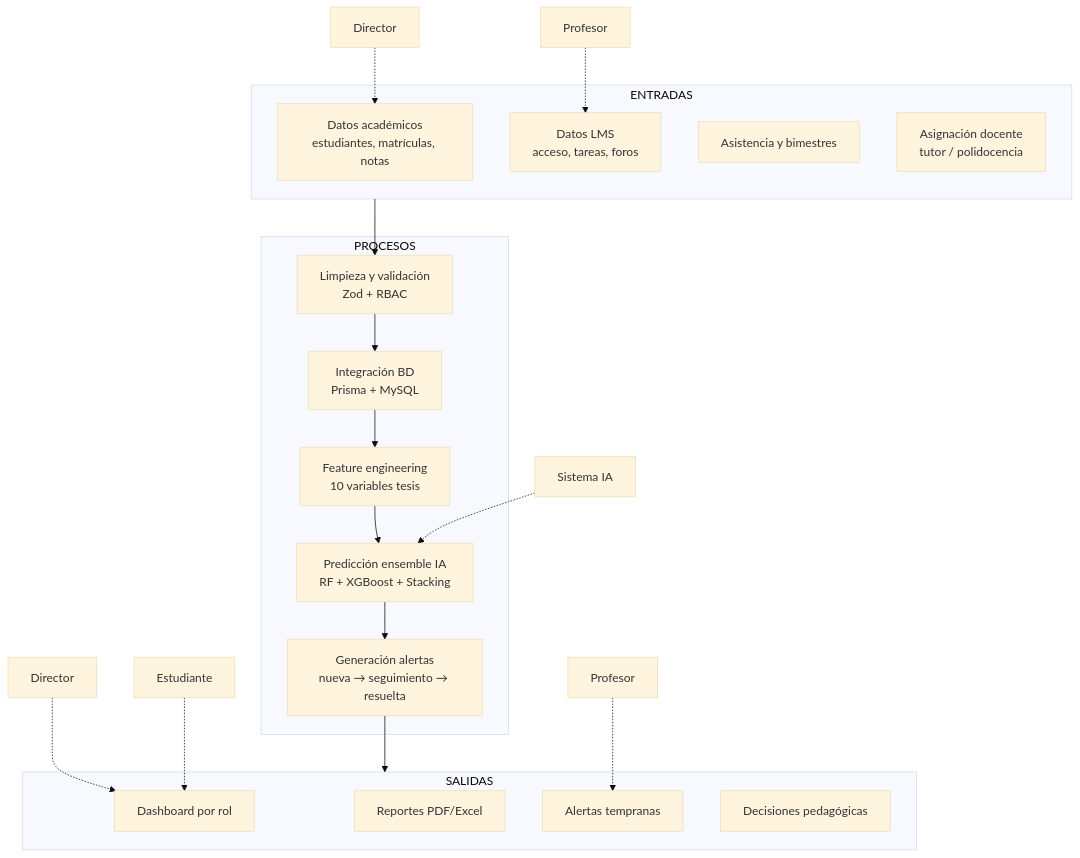
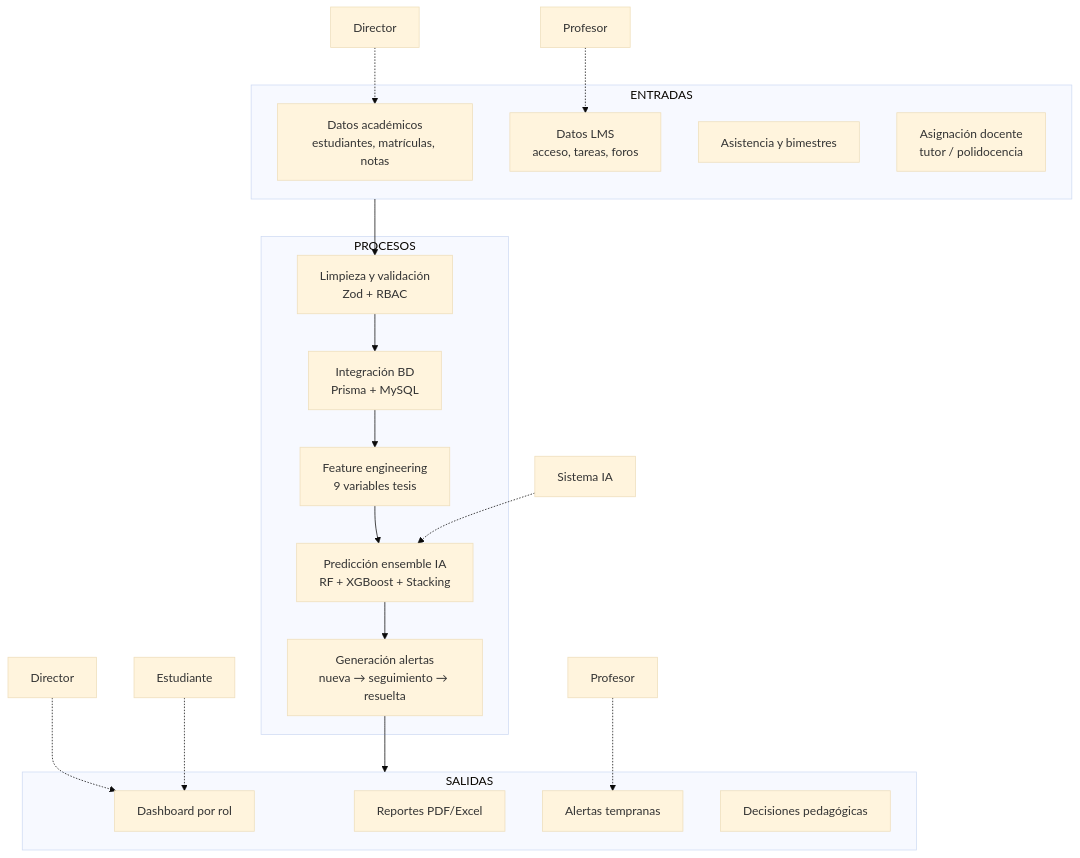
The diagram in docs/iso-9001/macroproceso-academico.md (4dr1-2529/taller1), drawn with Mermaid (base theme) before and after one commit. The commit also changed other lines of this file and 9 other files, not shown here.

````diff
--- a/docs/iso-9001/macroproceso-academico.md
+++ b/docs/iso-9001/macroproceso-academico.md
@@ -20,33 +20,33 @@
 ```mermaid
 flowchart TB
   subgraph ENTRADAS["ENTRADAS"]
     E1[Datos académicos<br/>estudiantes, matrículas, notas]
     E2[Datos LMS<br/>acceso, tareas, foros]
     E3[Asistencia y bimestres]
     E4[Asignación docente<br/>tutor / polidocencia]
   end
 
   subgraph PROCESOS["PROCESOS"]
     P1[Limpieza y validación<br/>Zod + RBAC]
     P2[Integración BD<br/>Prisma + MySQL]
-    P3[Feature engineering<br/>10 variables tesis]
+    P3[Feature engineering<br/>9 variables tesis]
     P4[Predicción ensemble IA<br/>RF + XGBoost + Stacking]
     P5[Generación alertas<br/>nueva → seguimiento → resuelta]
   end
 
   subgraph SALIDAS["SALIDAS"]
     S1[Dashboard por rol]
     S2[Reportes PDF/Excel]
     S3[Alertas tempranas]
     S4[Decisiones pedagógicas]
   end
 
   ENTRADAS --> P1 --> P2 --> P3 --> P4 --> P5 --> SALIDAS
 
   CI1[Director] -.-> E1
   CI2[Profesor] -.-> E2
   CI3[Sistema IA] -.-> P4
   CO1[Director] -.-> S1
   CO2[Profesor] -.-> S3
   CO3[Estudiante] -.-> S1
 ```
````
